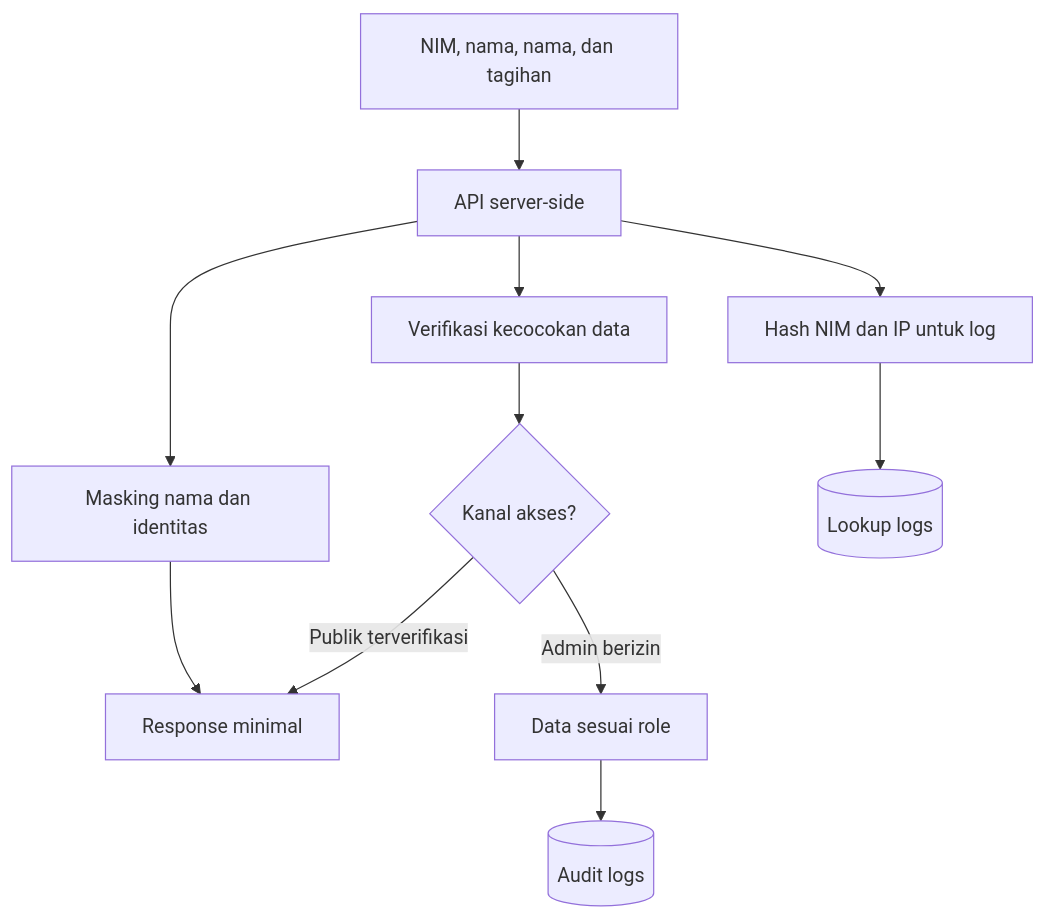
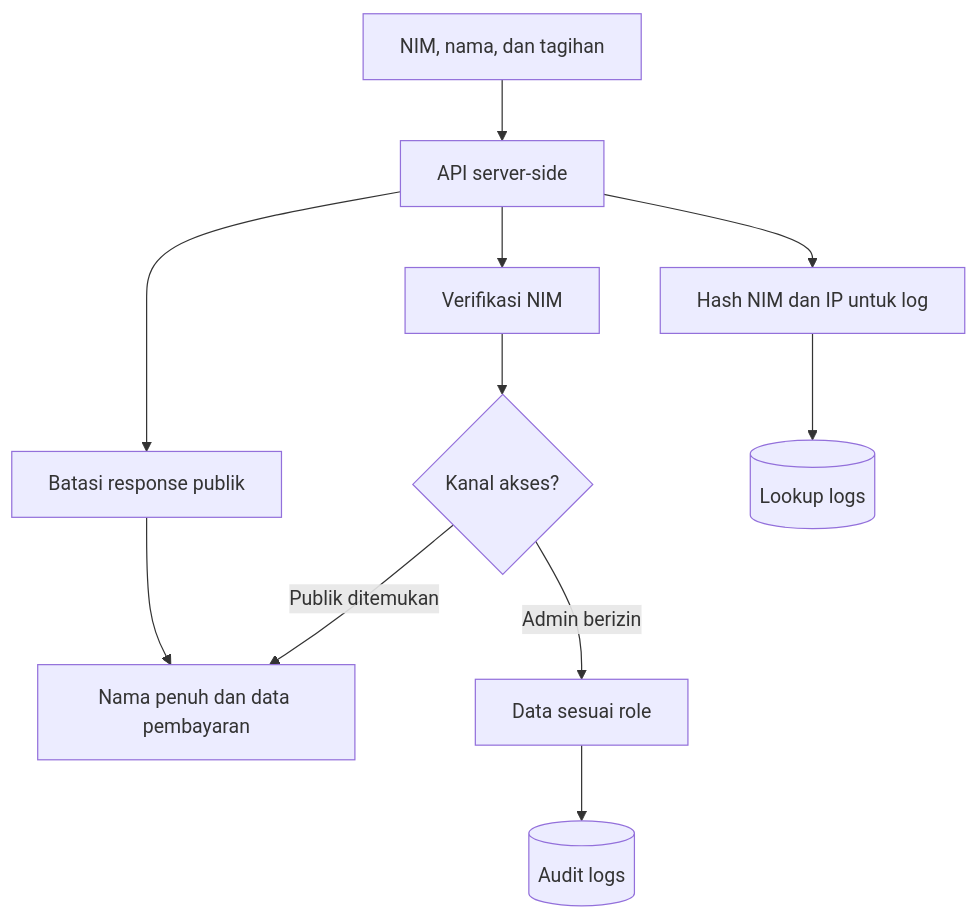
One commit to mtijan/Salut-Cek-Pembayaran changed diagram 20 of 25 in docs/03-diagrams.md. Above: the diagram before and after it, drawn with Mermaid. The commit also changed other lines of this file and 16 other files, not shown here.

Commit message:
feat: establish core project architecture, backend services, documentation, and security baseline definitions

````diff
--- a/docs/03-diagrams.md
+++ b/docs/03-diagrams.md
@@ -579,13 +578,13 @@
 ```mermaid
 flowchart TD
-    Raw[NIM, nama, nama, dan tagihan] --> Server[API server-side]
-    Server --> Verify[Verifikasi kecocokan data]
-    Server --> Mask[Masking nama dan identitas]
+    Raw[NIM, nama, dan tagihan] --> Server[API server-side]
+    Server --> Verify[Verifikasi NIM]
+    Server --> Minimize[Batasi response publik]
     Server --> Hash[Hash NIM dan IP untuk log]
     Verify --> Authorized{Kanal akses?}
-    Authorized -->|Publik terverifikasi| Public[Response minimal]
+    Authorized -->|Publik ditemukan| Public[Nama penuh dan data pembayaran]
     Authorized -->|Admin berizin| Admin[Data sesuai role]
-    Mask --> Public
+    Minimize --> Public
     Hash --> Logs[(Lookup logs)]
     Admin --> Audit[(Audit logs)]
 ```
````
